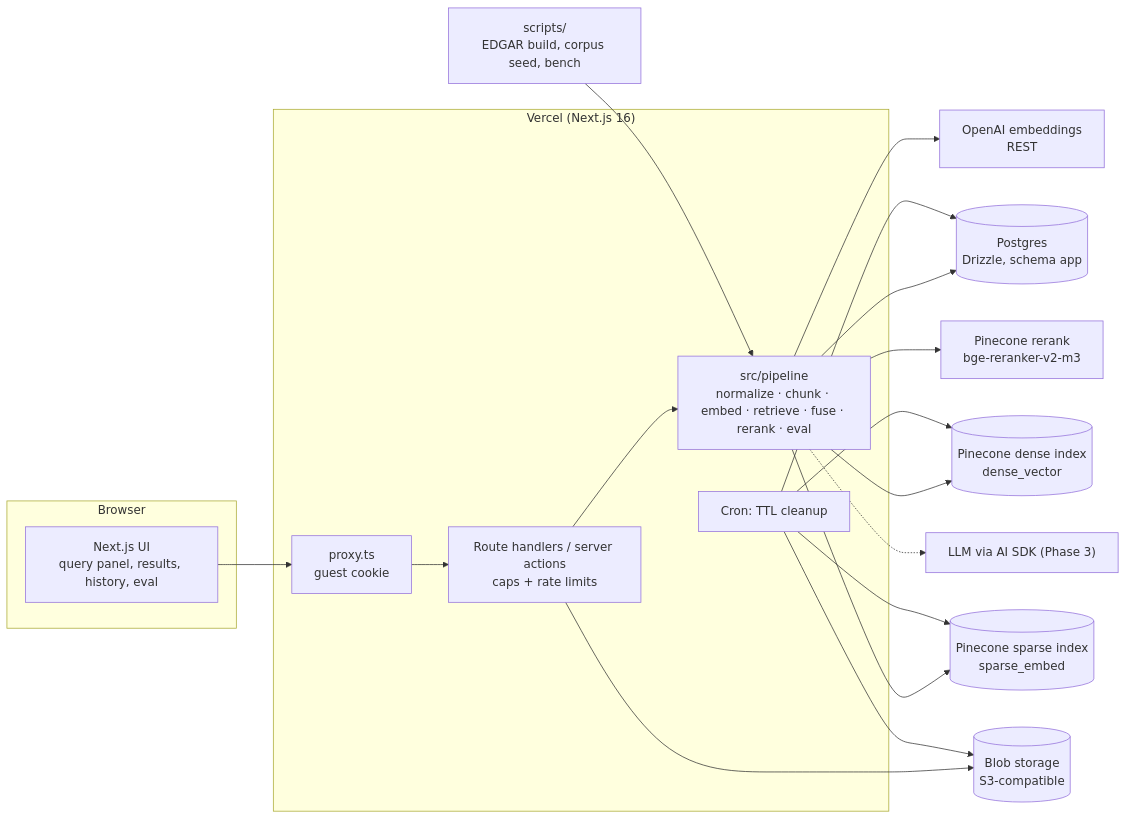
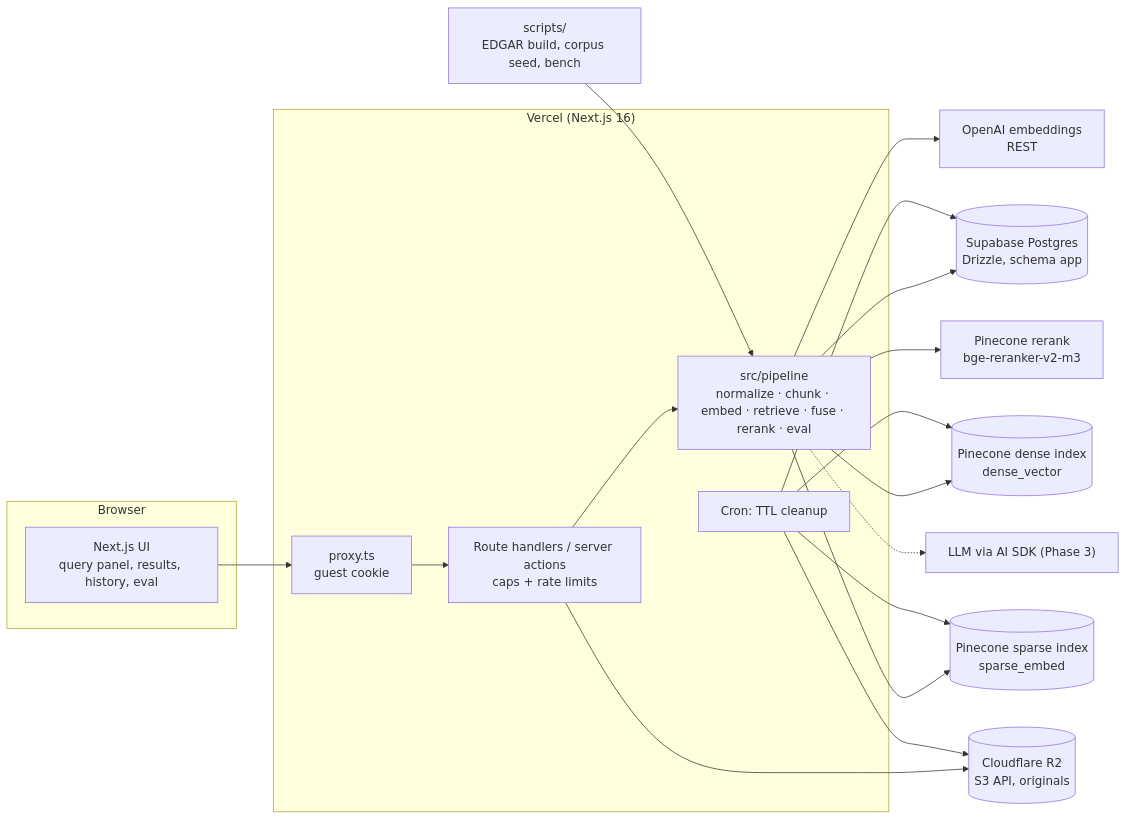
The first of 4 diagrams in docs/architecture.md (stonewerner/rag-playground), drawn with Mermaid before and after one commit. The commit also changed other lines of this file and 14 other files, not shown here.

````diff
--- a/docs/architecture.md
+++ b/docs/architecture.md
@@ -10,33 +10,33 @@
 ```mermaid
 flowchart LR
   subgraph Browser
     UI[Next.js UI<br/>query panel, results, history, eval]
   end
   subgraph Vercel["Vercel (Next.js 16)"]
     PX[proxy.ts<br/>guest cookie]
     RH[Route handlers / server actions<br/>caps + rate limits]
     PL[src/pipeline<br/>normalize · chunk · embed · retrieve · fuse · rerank · eval]
     CR[Cron: TTL cleanup]
   end
-  PG[(Postgres<br/>Drizzle, schema app)]
-  BL[(Blob storage<br/>S3-compatible)]
+  PG[(Supabase Postgres<br/>Drizzle, schema app)]
+  BL[(Cloudflare R2<br/>S3 API, originals)]
   PD[(Pinecone dense index<br/>dense_vector)]
   PS[(Pinecone sparse index<br/>sparse_embed)]
   PR[Pinecone rerank<br/>bge-reranker-v2-m3]
   OA[OpenAI embeddings<br/>REST]
   LLM["LLM via AI SDK (Phase 3)"]
 
   UI --> PX --> RH --> PL
   PL --> PG
   RH --> BL
   PL --> OA
   PL --> PD
   PL --> PS
   PL --> PR
   PL -.-> LLM
   CR --> PG
   CR --> BL
   CR --> PD
   CR --> PS
   SCR[scripts/<br/>EDGAR build, corpus seed, bench] --> PL
 ```
````
